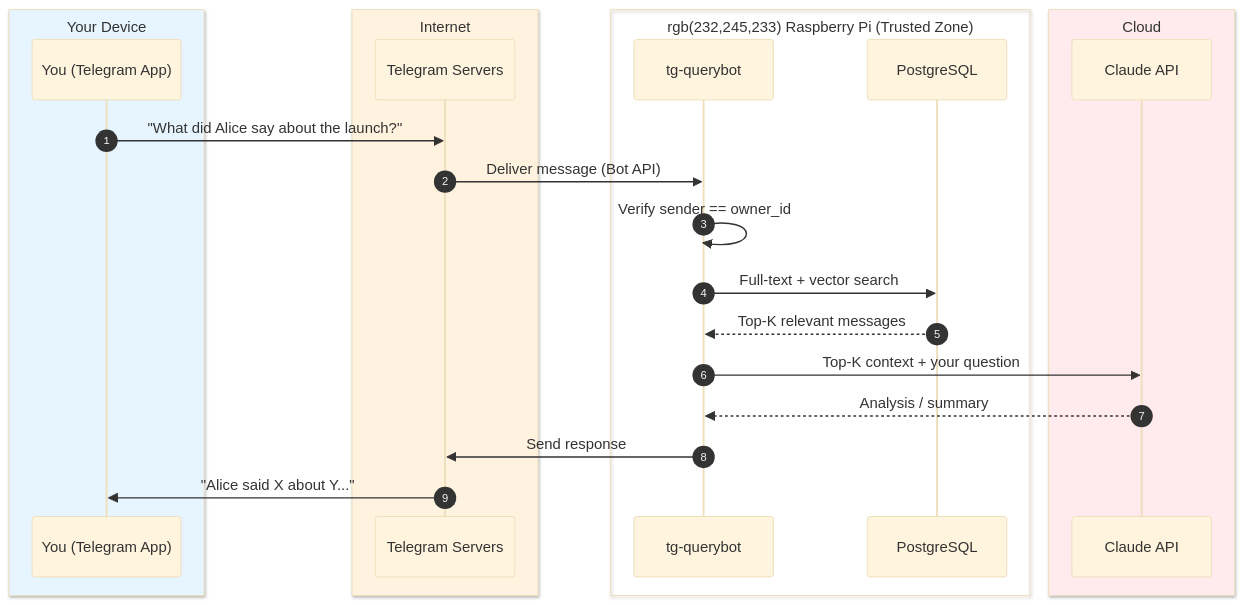
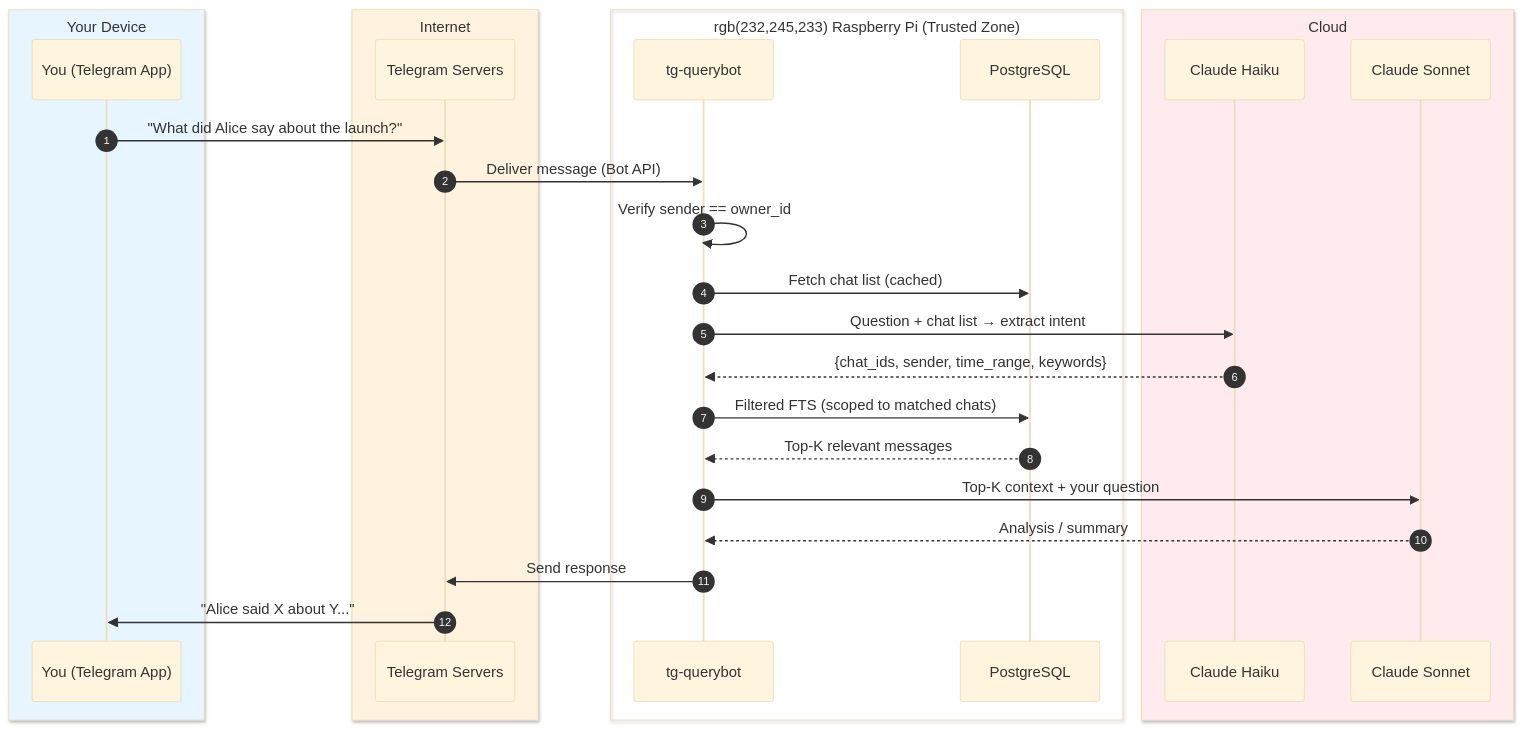
One commit to obheda12/telelocal changed the second of 5 diagrams in README.md. Above: the diagram before and after it, drawn with Mermaid (base theme). The commit also changed other lines of this file and 15 other files, not shown here.

First line of the commit message:
Add intent-driven filtered search + initial sync history limit

````diff
--- a/README.md
+++ b/README.md
@@ -63,27 +63,31 @@
 ```mermaid
 sequenceDiagram
     autonumber
     box rgb(230,245,255) Your Device
         participant You as You (Telegram App)
     end
     box rgb(255,243,224) Internet
         participant TG as Telegram Servers
     end
     box rgb(232,245,233) Raspberry Pi (Trusted Zone)
         participant Bot as tg-querybot
         participant DB as PostgreSQL
     end
     box rgb(255,235,238) Cloud
-        participant Claude as Claude API
+        participant Haiku as Claude Haiku
+        participant Sonnet as Claude Sonnet
     end
 
     You->>TG: "What did Alice say about the launch?"
     TG->>Bot: Deliver message (Bot API)
     Bot->>Bot: Verify sender == owner_id
-    Bot->>DB: Full-text + vector search
+    Bot->>DB: Fetch chat list (cached)
+    Bot->>Haiku: Question + chat list → extract intent
+    Haiku-->>Bot: {chat_ids, sender, time_range, keywords}
+    Bot->>DB: Filtered FTS (scoped to matched chats)
     DB-->>Bot: Top-K relevant messages
-    Bot->>Claude: Top-K context + your question
-    Claude-->>Bot: Analysis / summary
+    Bot->>Sonnet: Top-K context + your question
+    Sonnet-->>Bot: Analysis / summary
     Bot->>TG: Send response
     TG->>You: "Alice said X about Y..."
 ```
````
